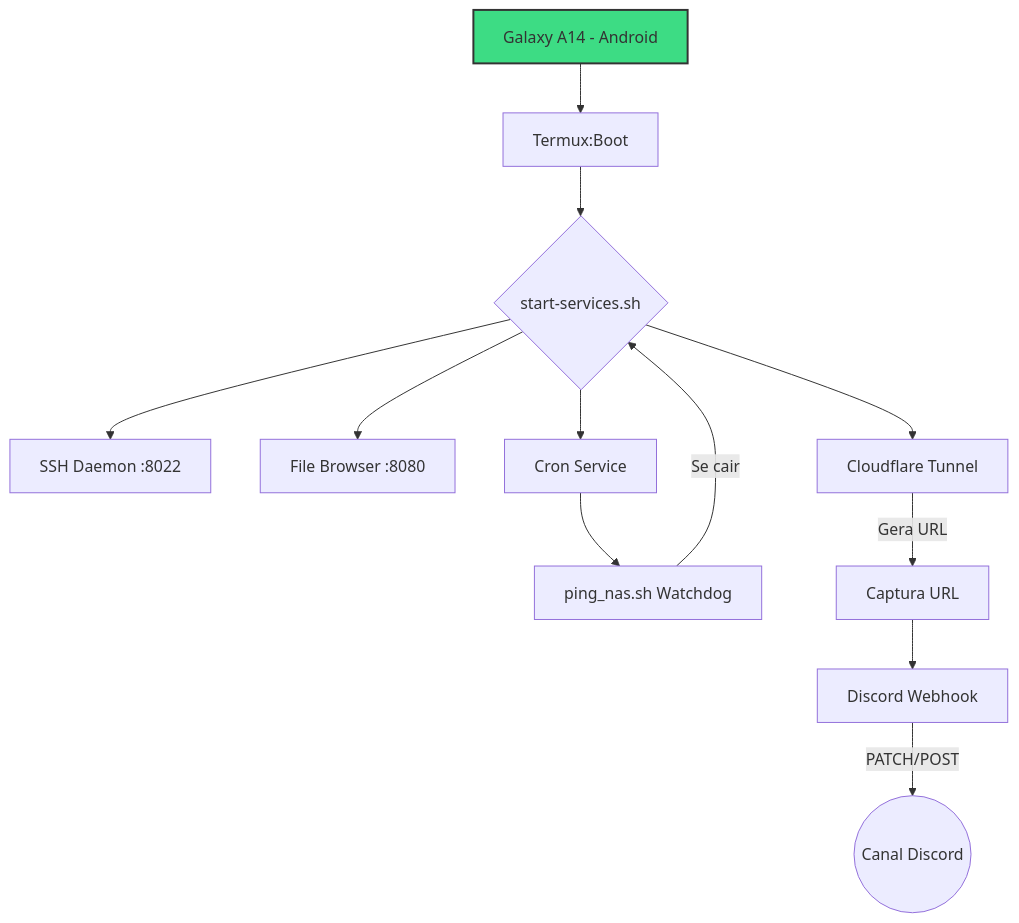
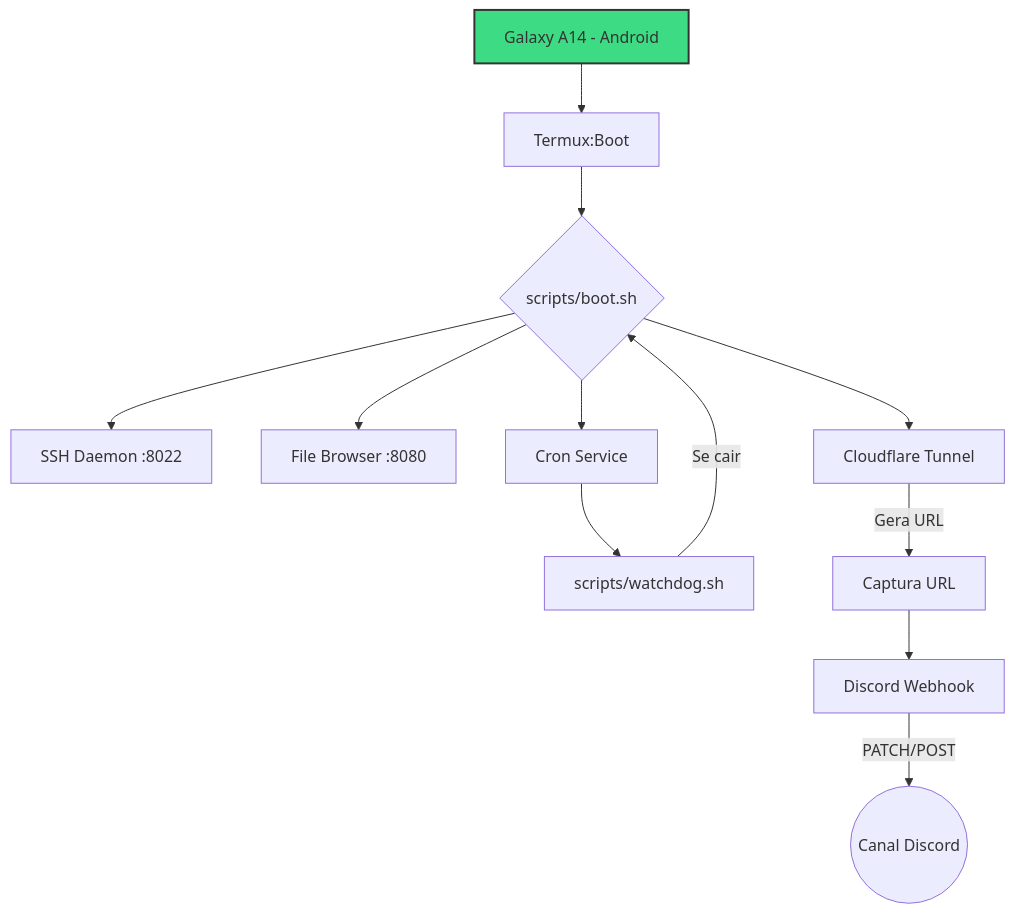
The diagram in README.md (diego-abuv/diy-mobile-server), drawn with Mermaid before and after one commit. The commit also changed other lines of this file and 9 other files, not shown here.

````diff
--- a/README.md
+++ b/README.md
@@ -365,18 +195,18 @@
 ```mermaid
 graph TD
     A[Galaxy A14 - Android] --> B[Termux:Boot]
-    B --> C{start-services.sh}
+    B --> C{scripts/boot.sh}
     C --> D[SSH Daemon :8022]
     C --> E[File Browser :8080]
     C --> F[Cloudflare Tunnel]
     C --> G[Cron Service]
-    
-    G --> H[ping_nas.sh Watchdog]
+
+    G --> H[scripts/watchdog.sh]
     H -- Se cair --> C
-    
+
     F -- Gera URL --> I[Captura URL]
     I --> J[Discord Webhook]
     J -- PATCH/POST --> K((Canal Discord))
-    
+
     style A fill:#3DDC84,stroke:#333,stroke-width:2px
 ```
````
